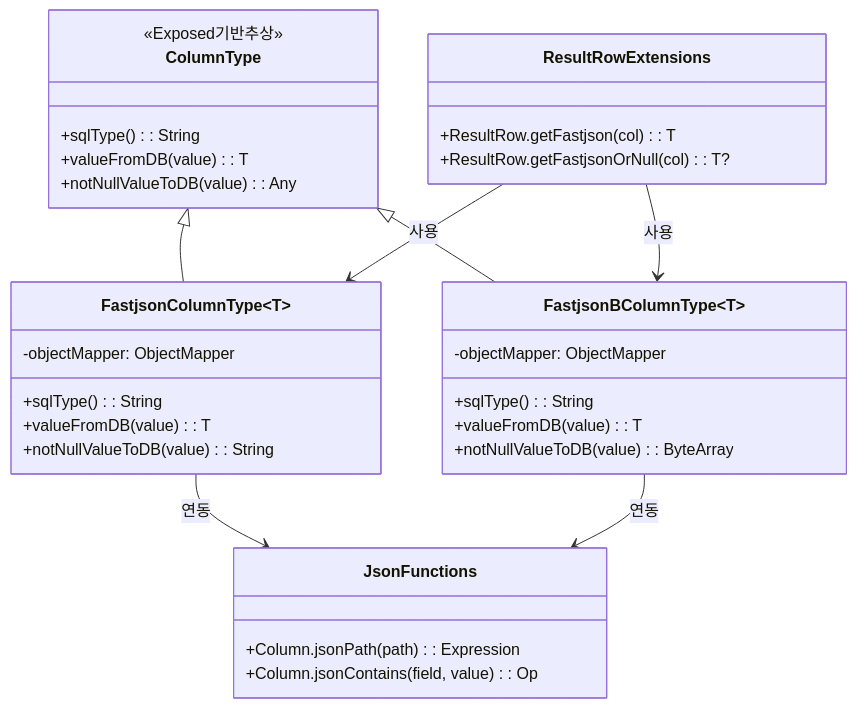
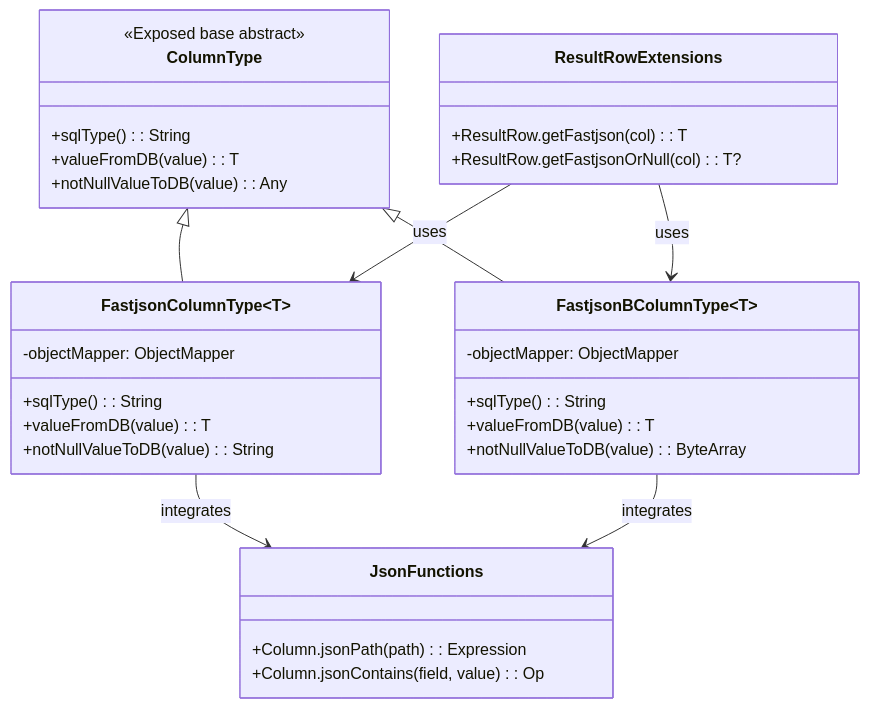
The second of 3 diagrams in data/exposed-fastjson2/README.md (bluetape4k/bluetape4k-projects), drawn with Mermaid before and after one commit. The commit also changed other lines of this file and 265 other files, not shown here.

````diff
--- a/data/exposed-fastjson2/README.md
+++ b/data/exposed-fastjson2/README.md
@@ -146,36 +148,36 @@
 ```mermaid
 classDiagram
     class ColumnType {
-        <<Exposed기반추상>>
+        <<Exposed base abstract>>
         +sqlType(): String
         +valueFromDB(value): T
         +notNullValueToDB(value): Any
     }
     class FastjsonColumnType~T~ {
         -objectMapper: ObjectMapper
         +sqlType(): String
         +valueFromDB(value): T
         +notNullValueToDB(value): String
     }
     class FastjsonBColumnType~T~ {
         -objectMapper: ObjectMapper
         +sqlType(): String
         +valueFromDB(value): T
         +notNullValueToDB(value): ByteArray
     }
     class JsonFunctions {
         +Column.jsonPath(path): Expression
         +Column.jsonContains(field, value): Op
     }
     class ResultRowExtensions {
         +ResultRow.getFastjson(col): T
         +ResultRow.getFastjsonOrNull(col): T?
     }
 
     ColumnType <|-- FastjsonColumnType
     ColumnType <|-- FastjsonBColumnType
-    FastjsonColumnType --> JsonFunctions : 연동
-    FastjsonBColumnType --> JsonFunctions : 연동
-    ResultRowExtensions --> FastjsonColumnType : 사용
-    ResultRowExtensions --> FastjsonBColumnType : 사용
+    FastjsonColumnType --> JsonFunctions : integrates
+    FastjsonBColumnType --> JsonFunctions : integrates
+    ResultRowExtensions --> FastjsonColumnType : uses
+    ResultRowExtensions --> FastjsonBColumnType : uses
 ```
````
